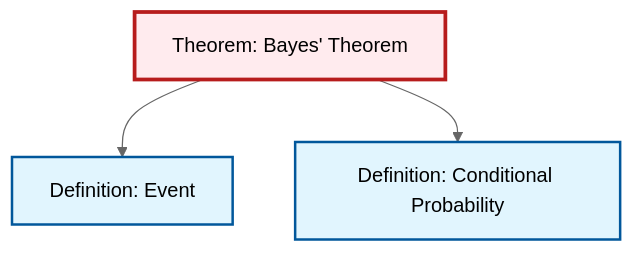
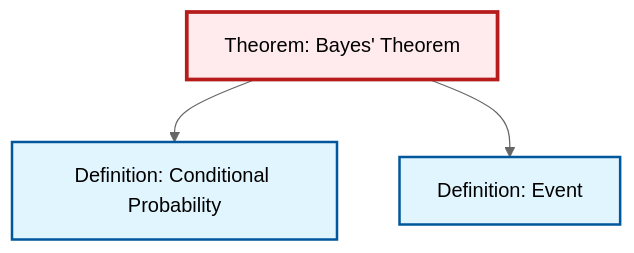
Before and after one commit to RK0429/ModernMath: the diagram in content/en/probability-statistics/thm-bayes.qmd, drawn with Mermaid (neutral theme). The commit also changed other lines of this file and 434 other files, not shown here.

````diff
--- a/content/en/probability-statistics/thm-bayes.qmd
+++ b/content/en/probability-statistics/thm-bayes.qmd
@@ -88,17 +88,17 @@
 ```{mermaid}
 %%| fig-cap: "Local dependency graph"
 graph TD
     classDef definition fill:#e1f5fe,stroke:#01579b,stroke-width:2px
     classDef theorem fill:#f3e5f5,stroke:#4a148c,stroke-width:2px
     classDef axiom fill:#fff3e0,stroke:#e65100,stroke-width:2px
     classDef example fill:#e8f5e9,stroke:#1b5e20,stroke-width:2px
     classDef current fill:#ffebee,stroke:#b71c1c,stroke-width:3px
+    def-event["Definition: Event"]:::definition
     thm-bayes["Theorem: Bayes' Theorem"]:::theorem
-    def-event["Definition: Event"]:::definition
     def-conditional-probability["Definition: Conditional Probability"]:::definition
+    thm-bayes --> def-conditional-probability
     thm-bayes --> def-event
-    thm-bayes --> def-conditional-probability
     class thm-bayes current
     click def-event "def-event.html" "Go to Event definition"
     click def-conditional-probability "def-conditional-probability.html" "Go to Conditional Probability definition"
 ```
````
